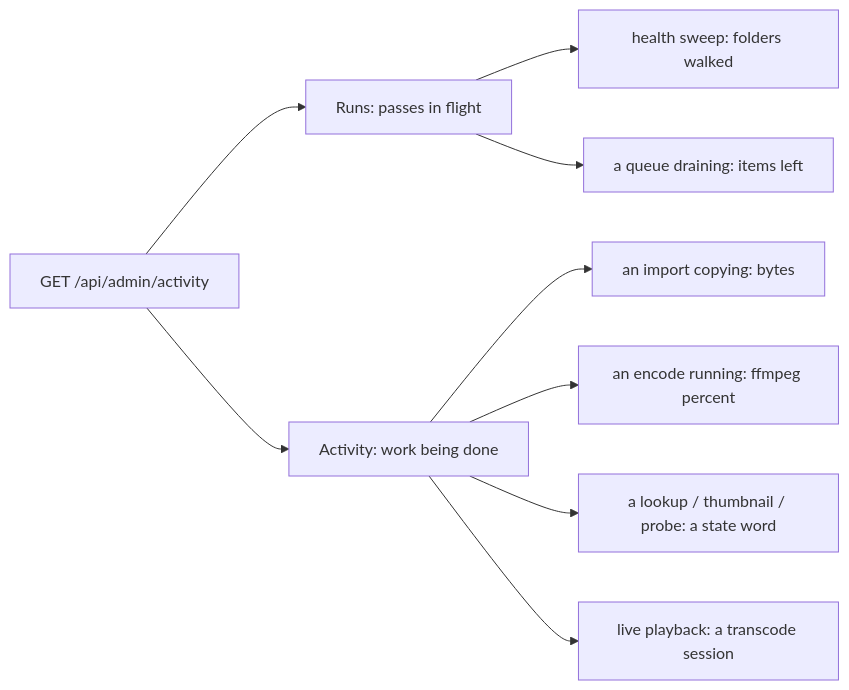
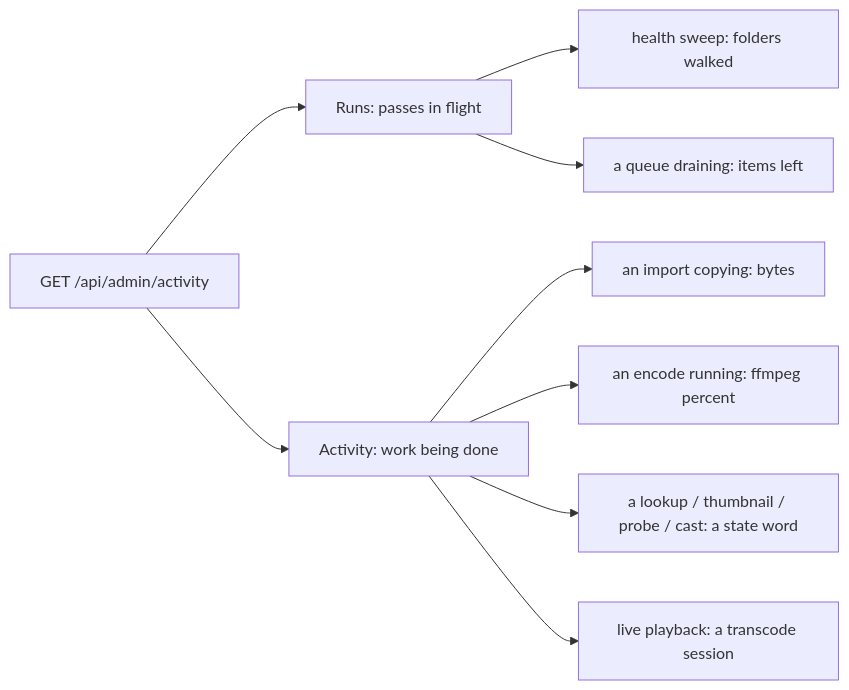
Before and after one commit to xuedi/FileFin: the diagram in docs/progress.md, drawn with Mermaid. The commit also changed other lines of this file and 48 other files, not shown here.

````diff
--- a/docs/progress.md
+++ b/docs/progress.md
@@ -15,11 +15,11 @@
 ```mermaid
 flowchart LR
     SNAP[GET /api/admin/activity] --> RUNS[Runs: passes in flight]
     SNAP --> ACT[Activity: work being done]
     RUNS --> R1[health sweep: folders walked]
     RUNS --> R2[a queue draining: items left]
     ACT --> A1[an import copying: bytes]
     ACT --> A2[an encode running: ffmpeg percent]
-    ACT --> A3[a lookup / thumbnail / probe: a state word]
+    ACT --> A3[a lookup / thumbnail / probe / cast: a state word]
     ACT --> A4[live playback: a transcode session]
 ```
````
